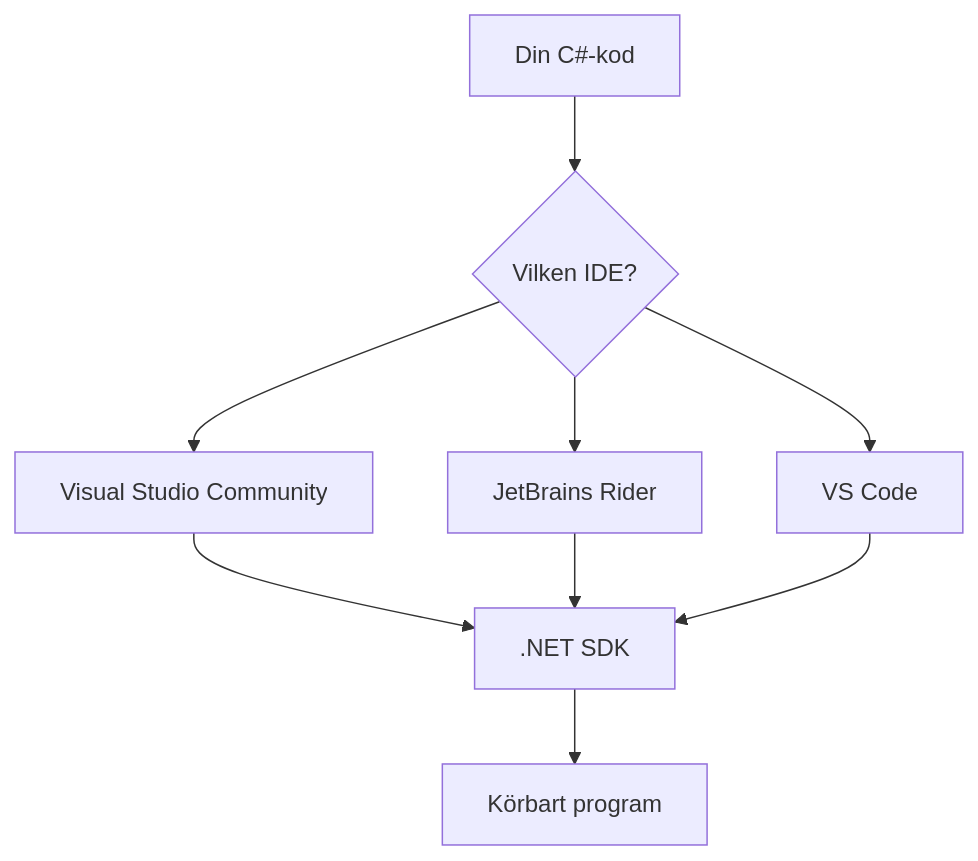
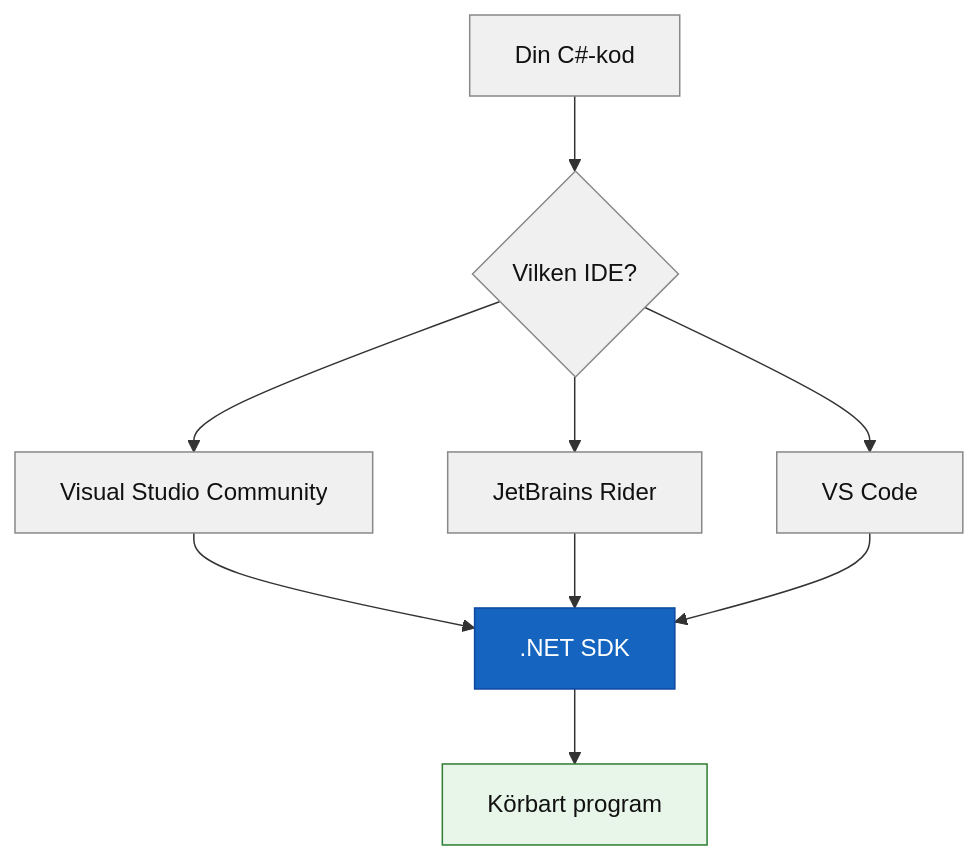
The diagram in CLO26/kurs-01-grundlaggande-oop/01_verktyg_och_git/programmeringstermer/verktyg.md (marcusjobb/YRGO-CLO26-HT26Kursmaterial), drawn with Mermaid before and after one commit. The commit also changed 388 other files, not shown here.

````diff
--- a/CLO26/kurs-01-grundlaggande-oop/01_verktyg_och_git/programmeringstermer/verktyg.md
+++ b/CLO26/kurs-01-grundlaggande-oop/01_verktyg_och_git/programmeringstermer/verktyg.md
@@ -38,11 +38,18 @@
 ```mermaid
 flowchart TD
     A[Din C#-kod] --> B{Vilken IDE?}
     B --> C[Visual Studio Community]
     B --> D[JetBrains Rider]
     B --> E[VS Code]
     C --> F[.NET SDK]
     D --> F
     E --> F
     F --> G[Körbart program]
+    style A fill:#f0f0f0,stroke:#888,color:#111
+    style B fill:#f0f0f0,stroke:#888,color:#111
+    style C fill:#f0f0f0,stroke:#888,color:#111
+    style D fill:#f0f0f0,stroke:#888,color:#111
+    style E fill:#f0f0f0,stroke:#888,color:#111
+    style F fill:#1565c0,stroke:#0d47a1,color:#fff
+    style G fill:#e8f5e9,stroke:#2e7d32,color:#111
 ```
````
